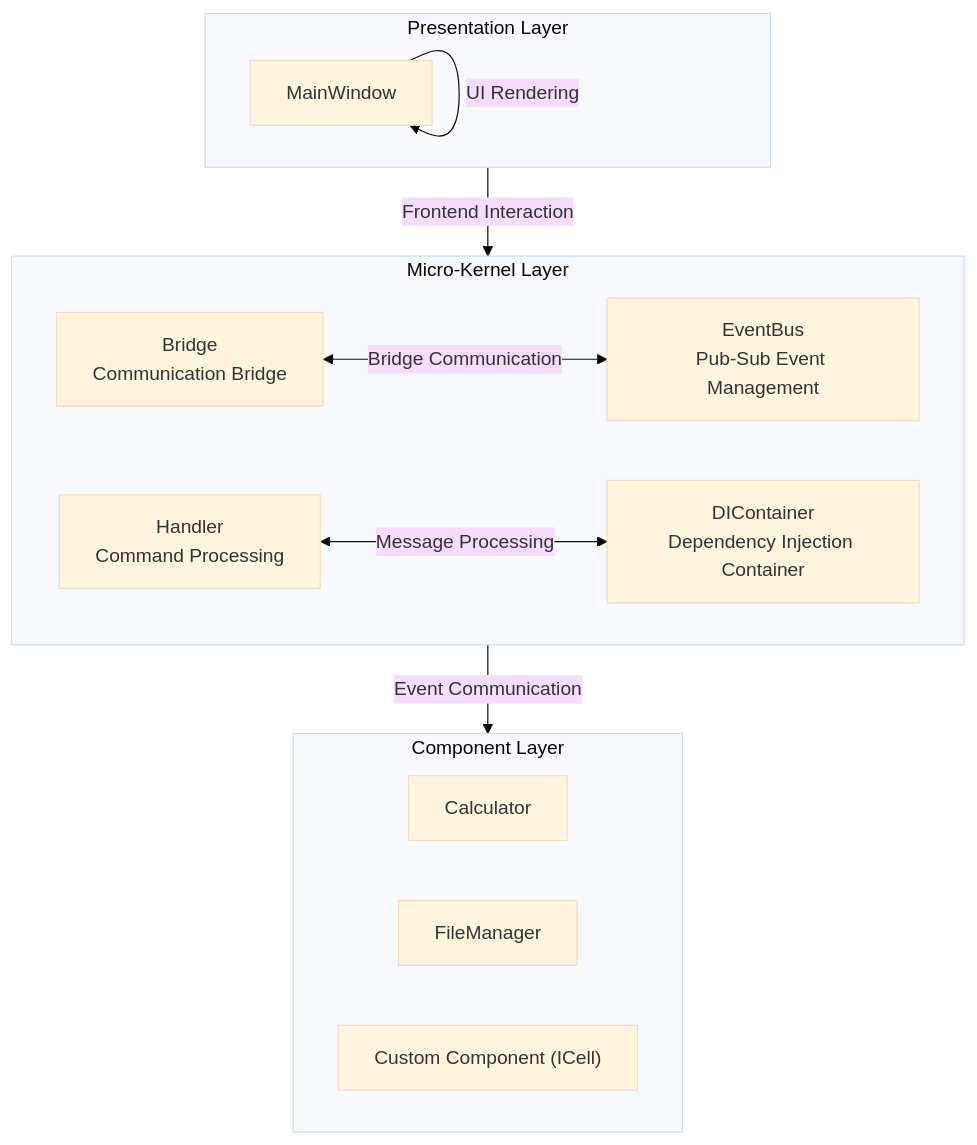
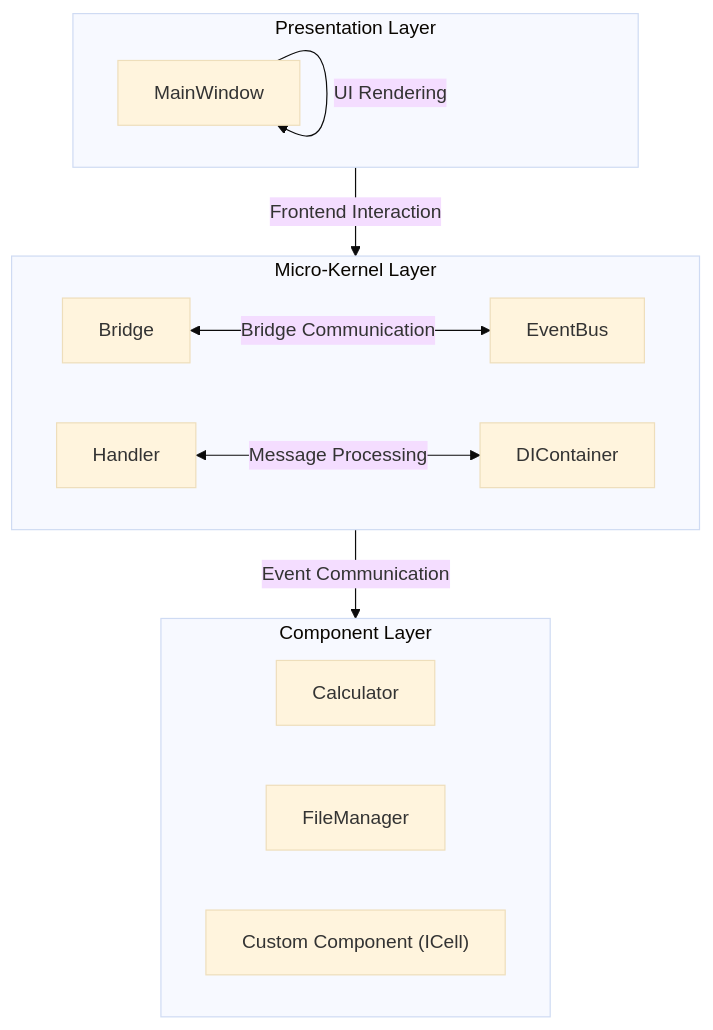
The second of 4 diagrams in README.en.md (xiaojinao/Cellium), drawn with Mermaid (base theme) before and after one commit. The commit also changed other lines of this file and 1 other file, not shown here.

First line of the commit message:
docs: 更新README中的流程图样式和描述

````diff
--- a/README.en.md
+++ b/README.en.md
@@ -135,27 +135,27 @@
 ```mermaid
 flowchart TB
     subgraph Presentation["Presentation Layer"]
         MW["MainWindow"]
         MW -->|"Window Management"| MW
         MW -->|"Event Subscription"| MW
         MW -->|"UI Rendering"| MW
     end
 
     subgraph Kernel["Micro-Kernel Layer"]
-        EB["EventBus<br/>Pub-Sub Event Management"]
-        BR["Bridge<br/>Communication Bridge"]
-        HD["Handler<br/>Command Processing"]
-        DI["DIContainer<br/>Dependency Injection Container"]
+        EB["EventBus"]
+        BR["Bridge"]
+        HD["Handler"]
+        DI["DIContainer"]
     end
 
     subgraph Component["Component Layer"]
         Calc["Calculator"]
         FM["FileManager"]
         Custom["Custom Component (ICell)"]
     end
 
     Presentation -->|"Frontend Interaction"| Kernel
     Kernel -->|"Event Communication"| Component
     HD <-->|"Message Processing"| DI
     BR <-->|"Bridge Communication"| EB
 ```
````
